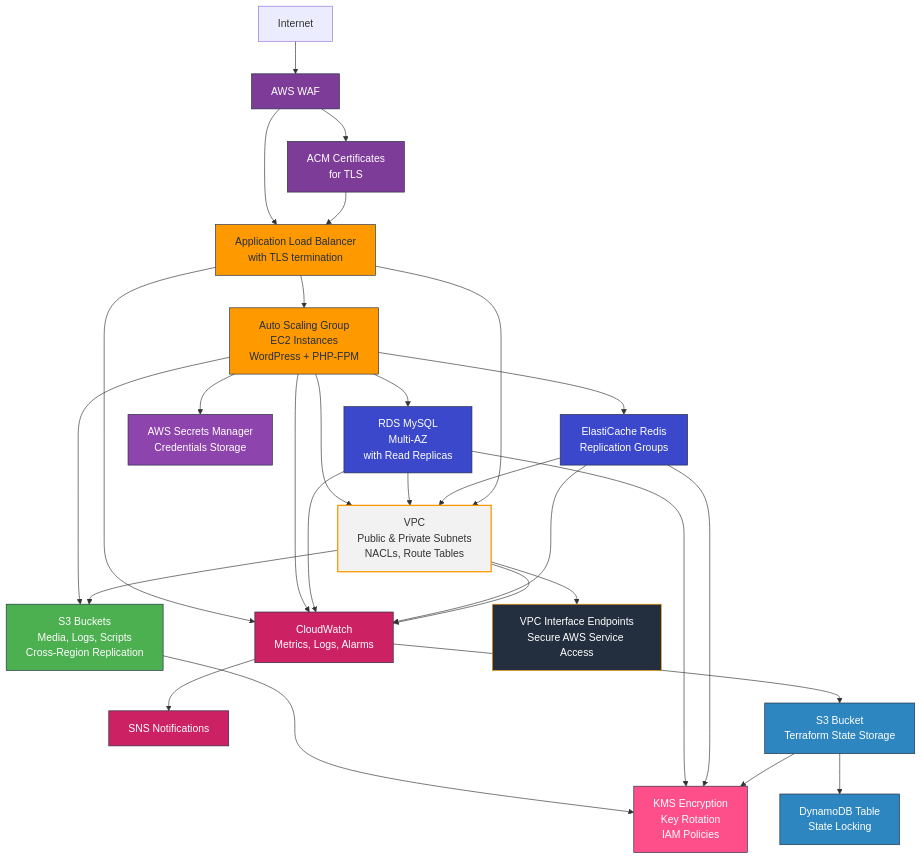
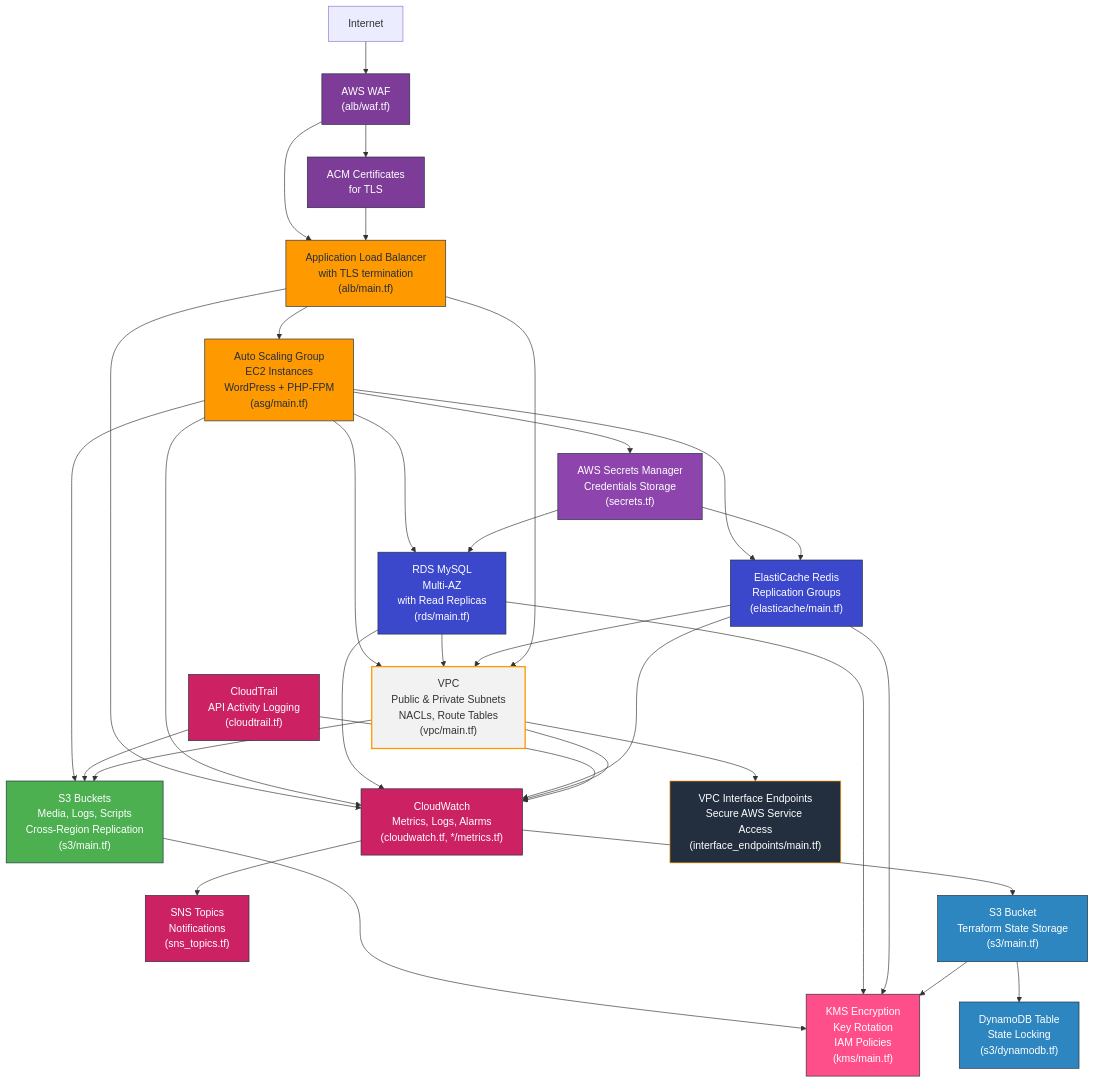
The diagram in terraform/README.md (hetmanskyi-cloud/AWS), drawn with Mermaid before and after one commit. The commit also changed other lines of this file and 2 other files, not shown here.

```diff
--- a/terraform/README.md
+++ b/terraform/README.md
@@ -65,8 +65,8 @@
     classDef aws_secrets fill:#8E44AD,stroke:#232F3E,stroke-width:1px,color:white
 
     %% Network components
-    Internet["Internet"] --> WAF["AWS WAF"]
-    WAF --> ALB["Application Load Balancer<br/>with TLS termination"]
+    Internet["Internet"] --> WAF["AWS WAF<br/>(alb/waf.tf)"]
+    WAF --> ALB["Application Load Balancer<br/>with TLS termination<br/>(alb/main.tf)"]
 
     %% ACM for TLS
     ACM["ACM Certificates<br/>for TLS"]
@@ -74,39 +74,45 @@
     ACM --> ALB
 
     %% Compute and database components
-    ALB --> ASG["Auto Scaling Group<br/>EC2 Instances<br/>WordPress + PHP-FPM"]
-    ASG --> RDS["RDS MySQL<br/>Multi-AZ<br/>with Read Replicas"]
-    ASG --> Redis["ElastiCache Redis<br/>Replication Groups"]
+    ALB --> ASG["Auto Scaling Group<br/>EC2 Instances<br/>WordPress + PHP-FPM<br/>(asg/main.tf)"]
+    ASG --> RDS["RDS MySQL<br/>Multi-AZ<br/>with Read Replicas<br/>(rds/main.tf)"]
+    ASG --> Redis["ElastiCache Redis<br/>Replication Groups<br/>(elasticache/main.tf)"]
 
     %% Storage and encryption
-    ASG --> S3["S3 Buckets<br/>Media, Logs, Scripts<br/>Cross-Region Replication"]
-    S3 --> KMS["KMS Encryption<br/>Key Rotation<br/>IAM Policies"]
+    ASG --> S3["S3 Buckets<br/>Media, Logs, Scripts<br/>Cross-Region Replication<br/>(s3/main.tf)"]
+    S3 --> KMS["KMS Encryption<br/>Key Rotation<br/>IAM Policies<br/>(kms/main.tf)"]
     RDS --> KMS
     Redis --> KMS
 
     %% Monitoring and logging
-    ALB --> CloudWatch["CloudWatch<br/>Metrics, Logs, Alarms"]
+    ALB --> CloudWatch["CloudWatch<br/>Metrics, Logs, Alarms<br/>(cloudwatch.tf, */metrics.tf)"]
     ASG --> CloudWatch
     RDS --> CloudWatch
     Redis --> CloudWatch
     VPC --> CloudWatch
-    CloudWatch --> SNS["SNS Notifications"]
+    CloudWatch --> SNS["SNS Topics<br/>Notifications<br/>(sns_topics.tf)"]
+    
+    %% CloudTrail
+    CloudTrail["CloudTrail<br/>API Activity Logging<br/>(cloudtrail.tf)"] --> S3
+    CloudTrail --> CloudWatch
 
     %% VPC and security
-    ASG --> VPC["VPC<br/>Public & Private Subnets<br/>NACLs, Route Tables"]
+    ASG --> VPC["VPC<br/>Public & Private Subnets<br/>NACLs, Route Tables<br/>(vpc/main.tf)"]
     RDS --> VPC
     Redis --> VPC
     ALB --> VPC
-    VPC --> Endpoints["VPC Interface Endpoints<br/>Secure AWS Service Access"]
+    VPC --> Endpoints["VPC Interface Endpoints<br/>Secure AWS Service Access<br/>(interface_endpoints/main.tf)"]
     VPC --> S3
 
     %% Terraform Remote State
-    CloudWatch --> S3State["S3 Bucket<br/>Terraform State Storage"]
+    CloudWatch --> S3State["S3 Bucket<br/>Terraform State Storage<br/>(s3/main.tf)"]
     S3State --> KMS
-    S3State --> DynamoDB["DynamoDB Table<br/>State Locking"]
+    S3State --> DynamoDB["DynamoDB Table<br/>State Locking<br/>(s3/dynamodb.tf)"]
 
     %% Secrets Manager
-    ASG --> Secrets["AWS Secrets Manager<br/>Credentials Storage"]
+    ASG --> Secrets["AWS Secrets Manager<br/>Credentials Storage<br/>(secrets.tf)"]
+    Secrets --> RDS
+    Secrets --> Redis
 
     %% Apply styles
     class VPC aws_vpc
@@ -118,6 +124,7 @@
     class KMS aws_kms
     class CloudWatch aws_monitor
     class SNS aws_monitor
+    class CloudTrail aws_monitor
     class WAF aws_security
     class Endpoints aws_endpoint
     class S3State aws_backend
```
